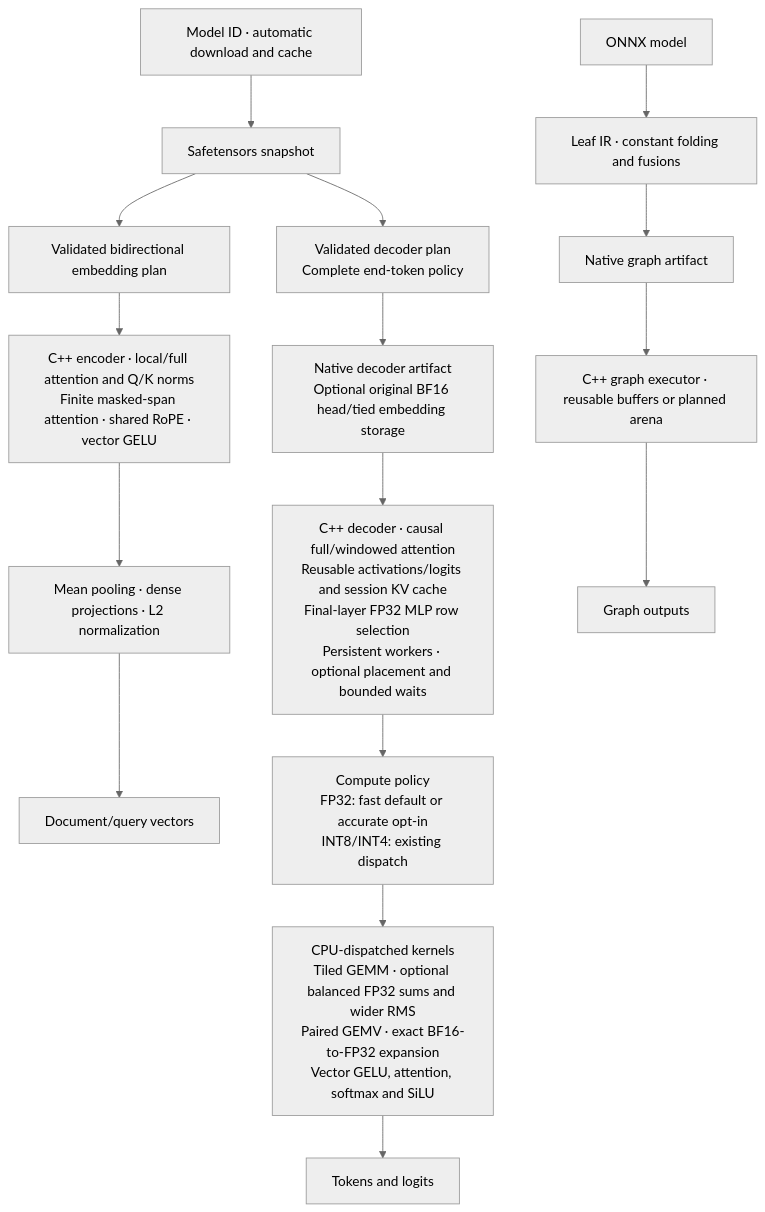
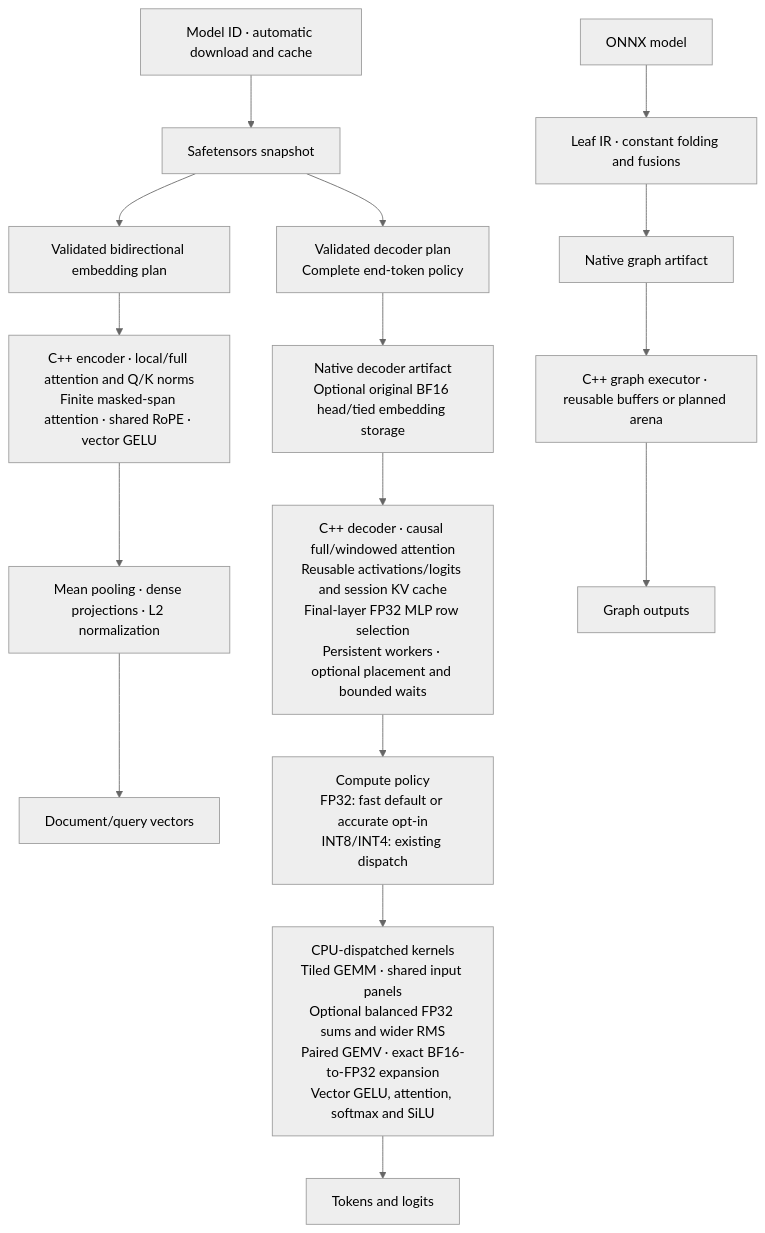
One commit to Nbit-51/Leaf changed the first of 2 diagrams in README.md. Above: the diagram before and after it, drawn with Mermaid (neutral theme). The commit also changed other lines of this file and 13 other files, not shown here.

Commit message:
Reuse SIMD input panels across shared FP32 projections

````diff
--- a/README.md
+++ b/README.md
@@ -157,18 +157,18 @@
 ```mermaid
 flowchart TB
     H["Model ID · automatic download and cache"] --> S["Safetensors snapshot"]
     S --> P["Validated decoder plan<br/>Complete end-token policy"]
     S --> B["Validated bidirectional embedding plan"]
     B --> N["C++ encoder · local/full attention and Q/K norms<br/>Finite masked-span attention · shared RoPE · vector GELU"]
     N --> V["Mean pooling · dense projections · L2 normalization"]
     V --> F["Document/query vectors"]
     O["ONNX model"] --> G["Leaf IR · constant folding and fusions"]
     P --> D["Native decoder artifact<br/>Optional original BF16 head/tied embedding storage"]
     G --> A["Native graph artifact"]
     D --> R["C++ decoder · causal full/windowed attention<br/>Reusable activations/logits and session KV cache<br/>Final-layer FP32 MLP row selection<br/>Persistent workers · optional placement and bounded waits"]
     A --> E["C++ graph executor · reusable buffers or planned arena"]
     R --> M["Compute policy<br/>FP32: fast default or accurate opt-in<br/>INT8/INT4: existing dispatch"]
-    M --> K["CPU-dispatched kernels<br/>Tiled GEMM · optional balanced FP32 sums and wider RMS<br/>Paired GEMV · exact BF16-to-FP32 expansion<br/>Vector GELU, attention, softmax and SiLU"]
+    M --> K["CPU-dispatched kernels<br/>Tiled GEMM · shared input panels<br/>Optional balanced FP32 sums and wider RMS<br/>Paired GEMV · exact BF16-to-FP32 expansion<br/>Vector GELU, attention, softmax and SiLU"]
     K --> T["Tokens and logits"]
     E --> U["Graph outputs"]
 ```
````
